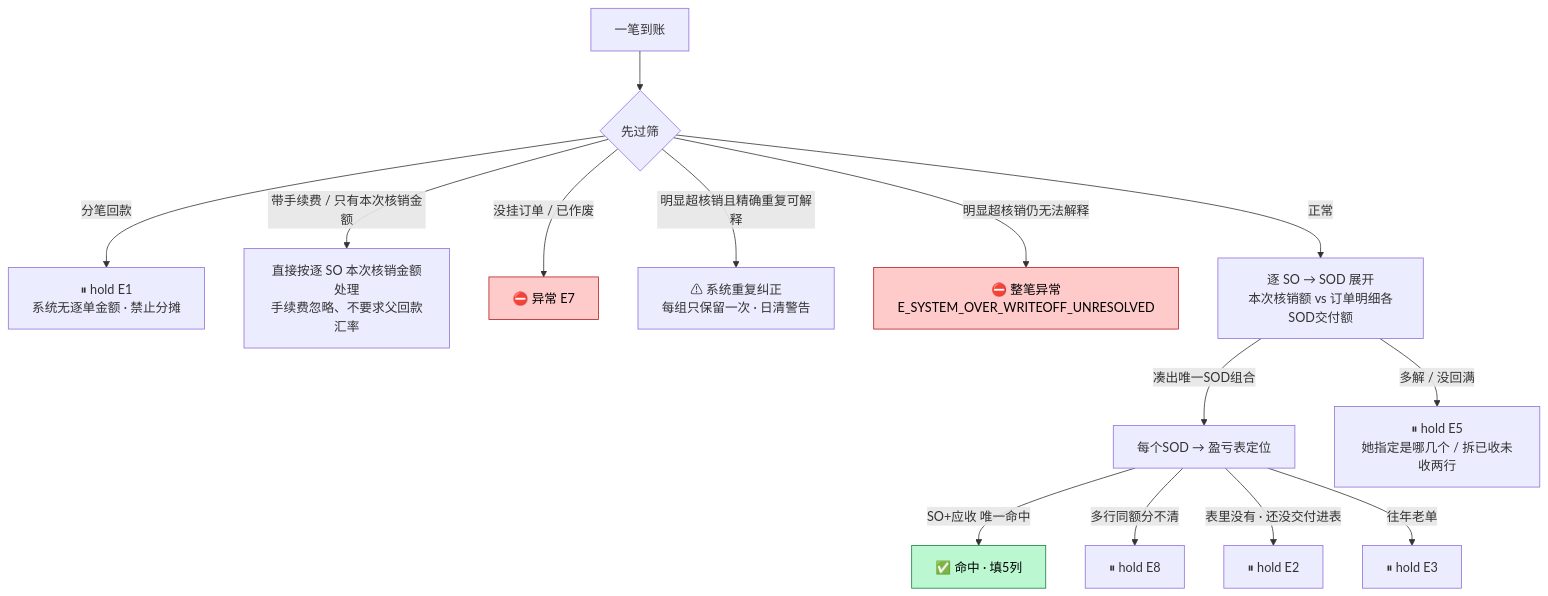
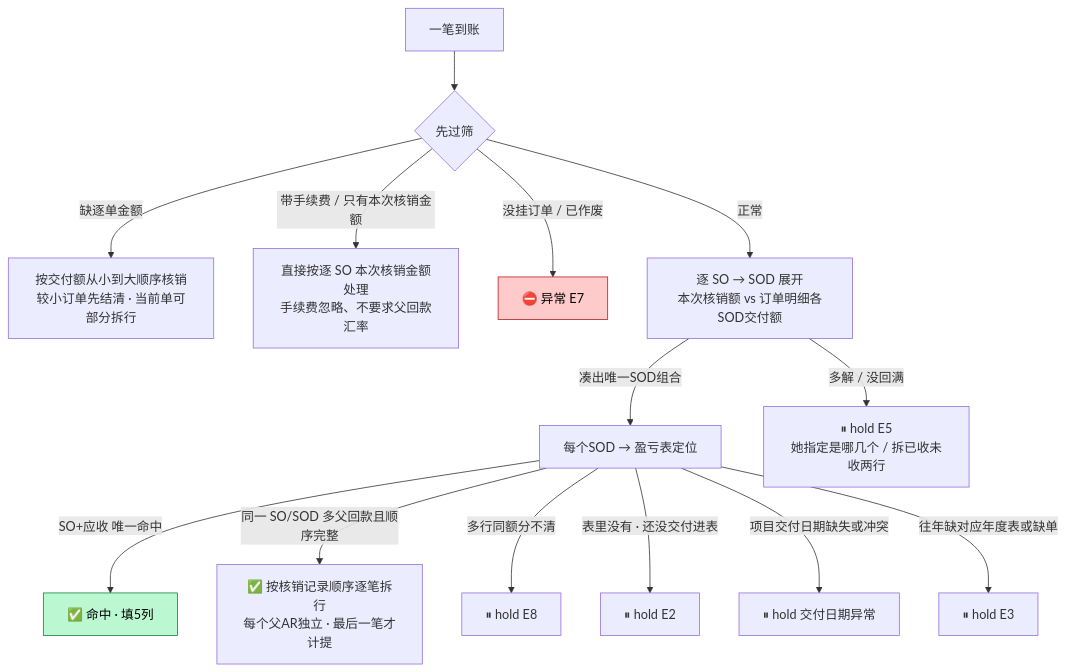
One commit to ErenYeager2002/financial_pj changed the second of 2 diagrams in skills/ar-hexiao-daily/README.md. Above: the diagram before and after it, drawn with Mermaid. The commit also changed other lines of this file and 209 other files, not shown here.

````diff
--- a/skills/ar-hexiao-daily/README.md
+++ b/skills/ar-hexiao-daily/README.md
@@ -103,20 +103,19 @@
 ```mermaid
 flowchart TD
     P["一笔到账"] --> Q{"先过筛"}
-    Q -->|"分笔回款"| E1["⏸ hold E1<br/>系统无逐单金额 · 禁止分摊"]
+    Q -->|"缺逐单金额"| SEQ["按交付额从小到大顺序核销<br/>较小订单先结清 · 当前单可部分拆行"]
     Q -->|"带手续费 / 只有本次核销金额"| EF["直接按逐 SO 本次核销金额处理<br/>手续费忽略、不要求父回款汇率"]
     Q -->|"没挂订单 / 已作废"| E7["⛔ 异常 E7"]
-    Q -->|"明显超核销且精确重复可解释"| DUP["⚠ 系统重复纠正<br/>每组只保留一次 · 日清警告"]
-    Q -->|"明显超核销仍无法解释"| E4["⛔ 整笔异常<br/>E_SYSTEM_OVER_WRITEOFF_UNRESOLVED"]
     Q -->|"正常"| SO["逐 SO → SOD 展开<br/>本次核销额 vs 订单明细各SOD交付额"]
     SO -->|"凑出唯一SOD组合"| LOC["每个SOD → 盈亏表定位"]
     SO -->|"多解 / 没回满"| E5["⏸ hold E5<br/>她指定是哪几个 / 拆已收未收两行"]
     LOC -->|"SO+应收 唯一命中"| HIT["✅ 命中 · 填5列"]
+    LOC -->|"同一 SO/SOD 多父回款且顺序完整"| CHAIN["✅ 按核销记录顺序逐笔拆行<br/>每个父AR独立 · 最后一笔才计提"]
     LOC -->|"多行同额分不清"| E8["⏸ hold E8"]
     LOC -->|"表里没有 · 还没交付进表"| E2["⏸ hold E2"]
-    LOC -->|"往年老单"| E3["⏸ hold E3"]
+    LOC -->|"项目交付日期缺失或冲突"| ED["⏸ hold 交付日期异常"]
+    LOC -->|"往年缺对应年度表或缺单"| E3["⏸ hold E3"]
 
     style HIT fill:#bbf7d0,stroke:#15803d,color:#000
-    style E4 fill:#fecaca,stroke:#b91c1c,color:#000
     style E7 fill:#fecaca,stroke:#b91c1c,color:#000
 ```
````
